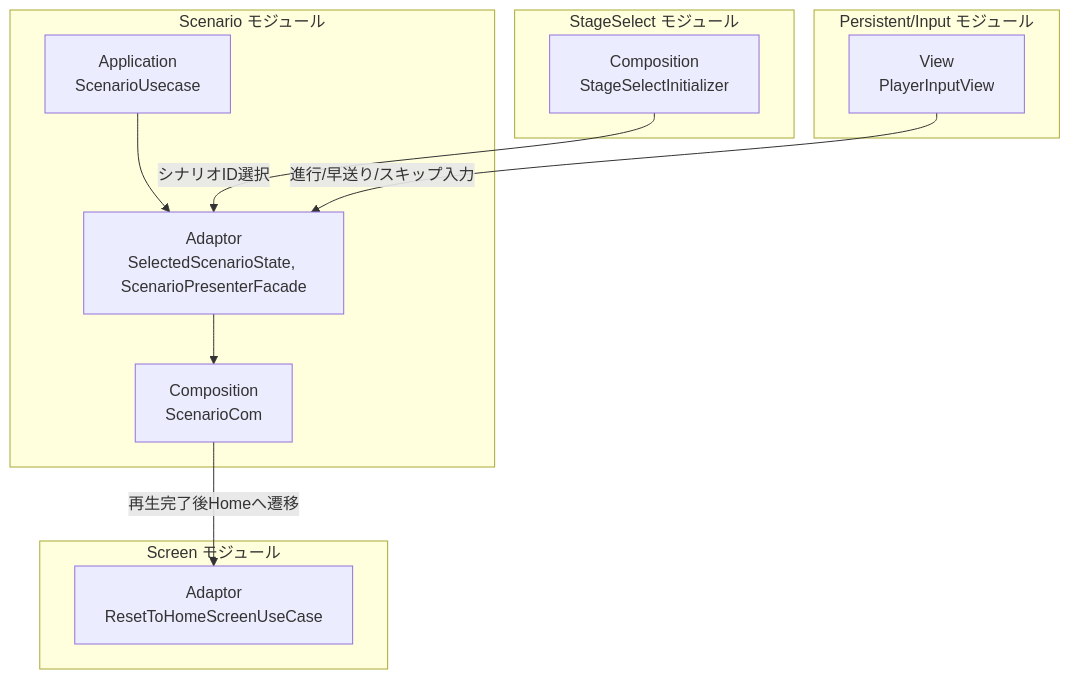
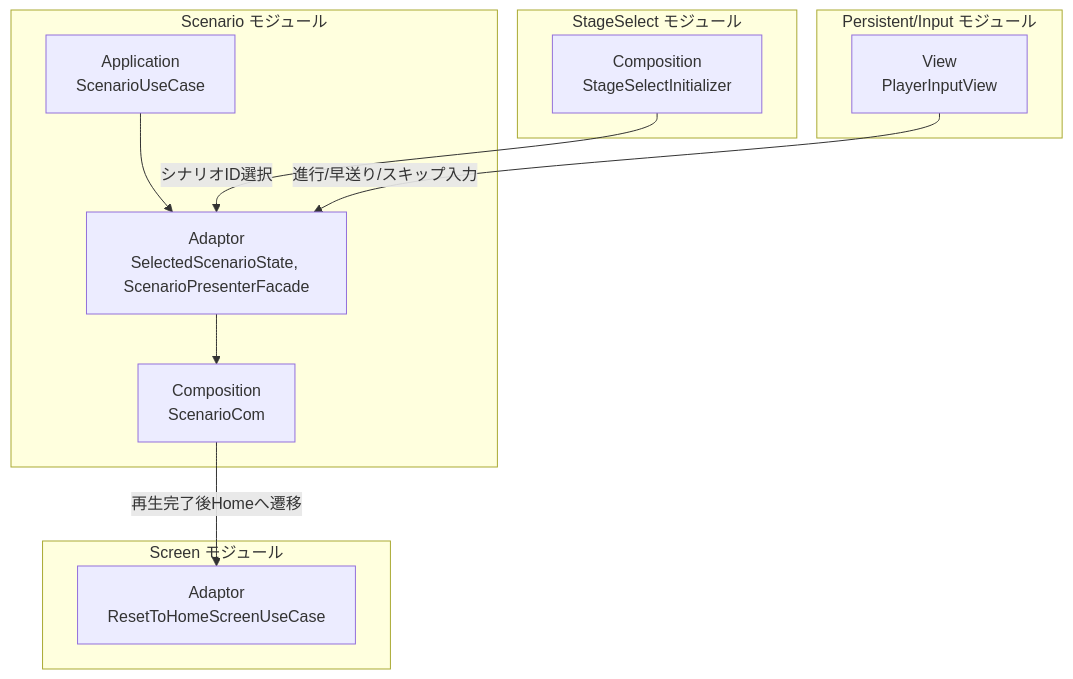
One commit to HIBIKI5201/SymphonyKillChord changed the first of 2 diagrams in Assets/Docs/ScriptsDocs/Modules/NotionModuleDocs/Scenario.md. Above: the diagram before and after it, drawn with Mermaid. The commit also changed other lines of this file and 89 other files, not shown here.

````diff
--- a/Assets/Docs/ScriptsDocs/Modules/NotionModuleDocs/Scenario.md
+++ b/Assets/Docs/ScriptsDocs/Modules/NotionModuleDocs/Scenario.md
@@ -65,28 +65,28 @@
 ```mermaid
 graph TD
     %% 定義 (接続のないレイヤーは省略)
     subgraph ScenarioModule [Scenario モジュール]
-        SC_App["Application<br>ScenarioUsecase"]
+        SC_App["Application<br>ScenarioUseCase"]
         SC_Adaptor["Adaptor<br>SelectedScenarioState, ScenarioPresenterFacade"]
         SC_Composition["Composition<br>ScenarioCom"]
         SC_App --> SC_Adaptor
         SC_Adaptor --> SC_Composition
     end
 
     subgraph StageSelectModule [StageSelect モジュール]
         SS_Composition["Composition<br>StageSelectInitializer"]
     end
 
     subgraph PersistentInputModule [Persistent/Input モジュール]
         PI_View["View<br>PlayerInputView"]
     end
 
     subgraph ScreenModule [Screen モジュール]
         SCR_Adaptor["Adaptor<br>ResetToHomeScreenUseCase"]
     end
 
     %% 依存関係
     SS_Composition -->|"シナリオID選択"| SC_Adaptor
     PI_View -->|"進行/早送り/スキップ入力"| SC_Adaptor
     SC_Composition -->|"再生完了後Homeへ遷移"| SCR_Adaptor
 ```
````
